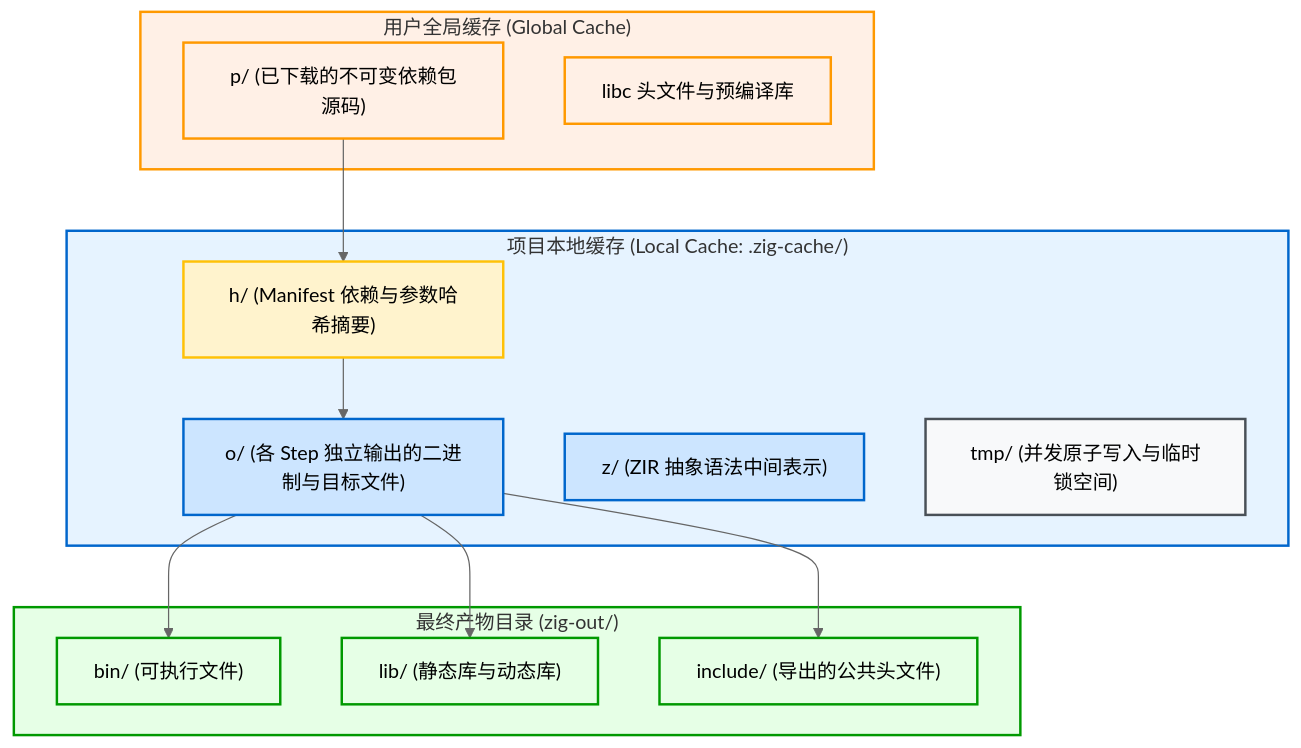
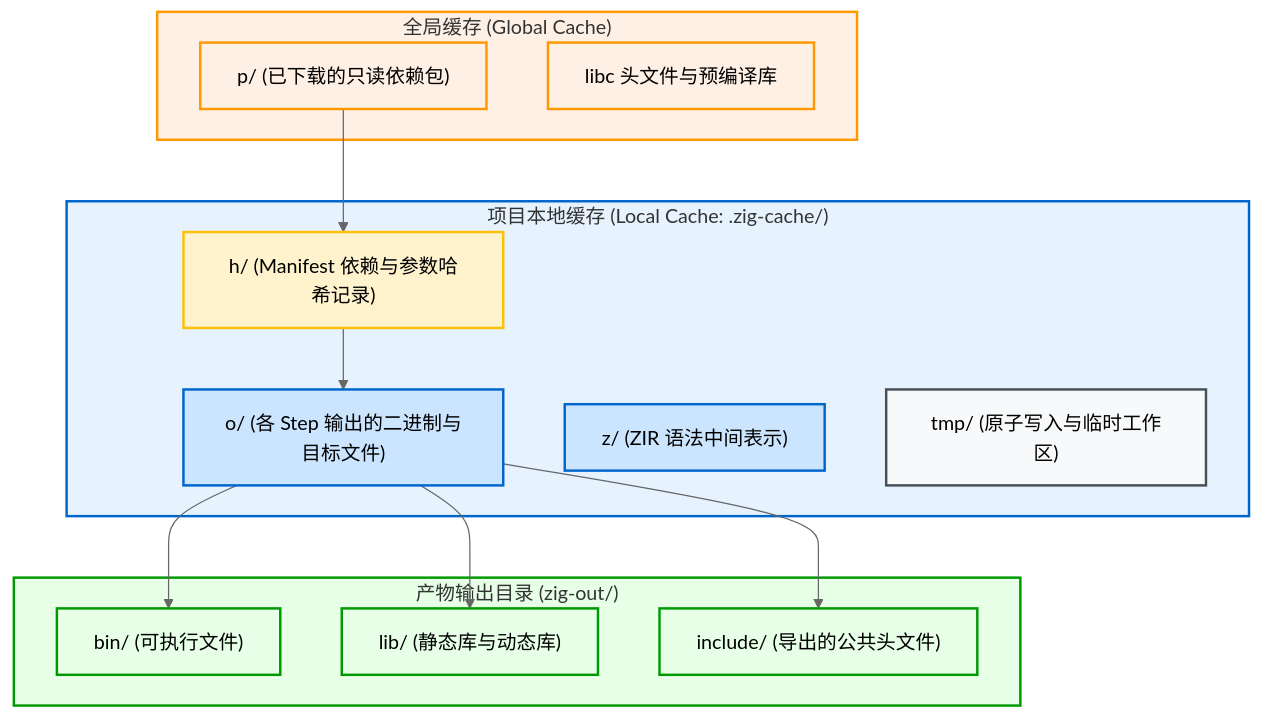
The diagram in src/part2/package-and-cache.md (jiacai2050/zig-build), drawn with Mermaid (neutral theme) before and after one commit. The commit also changed other lines of this file and 23 other files, not shown here.

````diff
--- a/src/part2/package-and-cache.md
+++ b/src/part2/package-and-cache.md
@@ -51,40 +51,40 @@
 ```mermaid
 graph TD
-    subgraph S_Global ["用户全局缓存 (Global Cache)"]
-        G_Pkg["p/ (已下载的不可变依赖包源码)"]
+    subgraph S_Global ["全局缓存 (Global Cache)"]
+        G_Pkg["p/ (已下载的只读依赖包)"]
         G_Libc["libc 头文件与预编译库"]
     end
 
     subgraph S_Local ["项目本地缓存 (Local Cache: .zig-cache/)"]
-        L_H["h/ (Manifest 依赖与参数哈希摘要)"]
-        L_O["o/ (各 Step 独立输出的二进制与目标文件)"]
-        L_Z["z/ (ZIR 抽象语法中间表示)"]
-        L_Tmp["tmp/ (并发原子写入与临时锁空间)"]
+        L_H["h/ (Manifest 依赖与参数哈希记录)"]
+        L_O["o/ (各 Step 输出的二进制与目标文件)"]
+        L_Z["z/ (ZIR 语法中间表示)"]
+        L_Tmp["tmp/ (原子写入与临时工作区)"]
     end
 
-    subgraph S_Out ["最终产物目录 (zig-out/)"]
+    subgraph S_Out ["产物输出目录 (zig-out/)"]
         Out_Bin["bin/ (可执行文件)"]
         Out_Lib["lib/ (静态库与动态库)"]
         Out_Inc["include/ (导出的公共头文件)"]
     end
 
     G_Pkg --> L_H
     L_H --> L_O
     L_O --> Out_Bin
     L_O --> Out_Lib
     L_O --> Out_Inc
 
     classDef default fill:#f8f9fa,stroke:#495057;
     style S_Global fill:#fff0e6,stroke:#ff9900,stroke-width:2px;
     style S_Local fill:#e6f3ff,stroke:#0066cc,stroke-width:2px;
     style S_Out fill:#e6ffe6,stroke:#009900,stroke-width:2px;
     style G_Pkg fill:#fff0e6,stroke:#ff9900,stroke-width:2px;
     style G_Libc fill:#fff0e6,stroke:#ff9900,stroke-width:2px;
     style L_H fill:#fff3cd,stroke:#ffc107,stroke-width:2px;
     style L_O fill:#cce5ff,stroke:#0066cc,stroke-width:2px;
     style L_Z fill:#cce5ff,stroke:#0066cc,stroke-width:2px;
     style L_Tmp fill:#f8f9fa,stroke:#495057,stroke-width:2px;
     style Out_Bin fill:#e6ffe6,stroke:#009900,stroke-width:2px;
     style Out_Lib fill:#e6ffe6,stroke:#009900,stroke-width:2px;
     style Out_Inc fill:#e6ffe6,stroke:#009900,stroke-width:2px;
 ```
````
